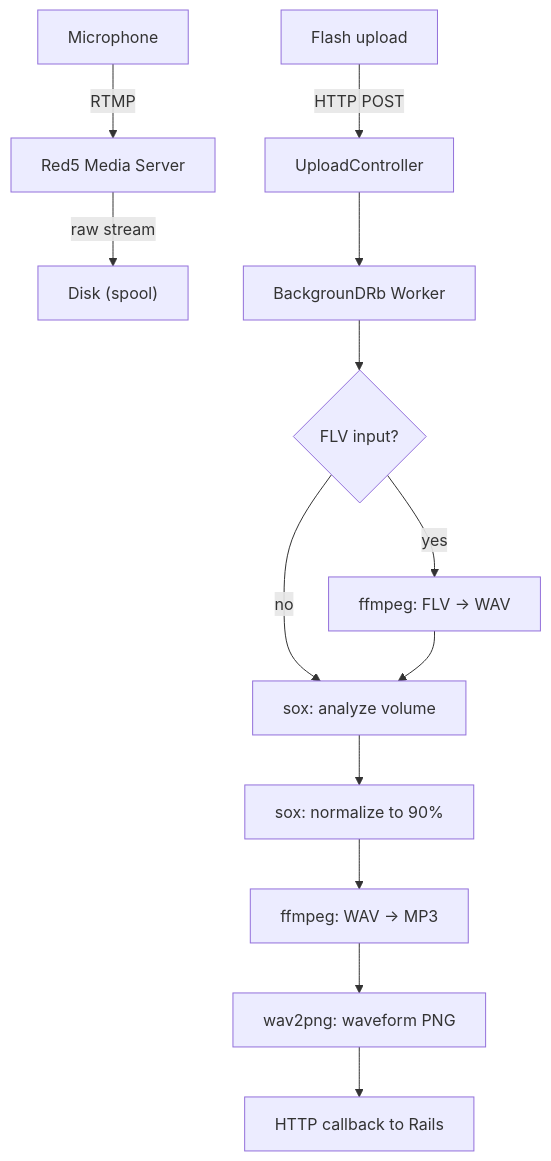
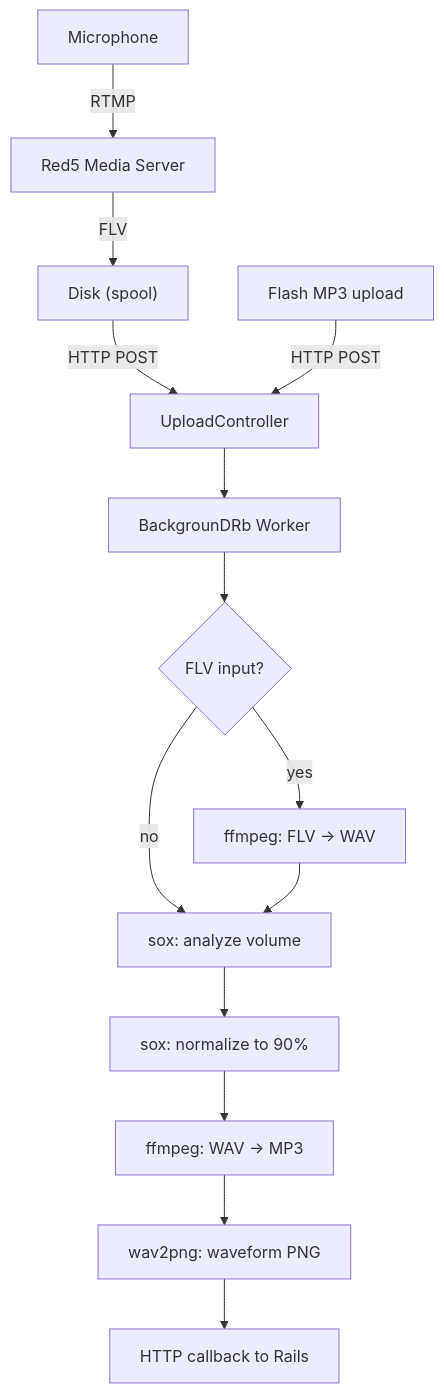
One commit to vjt/sindro.me changed the diagram in content/posts/2010-10-18-myousica-from-microphone-to-mp3/index.en.md. Above: the diagram before and after it, drawn with Mermaid. The commit also changed 1 other file, not shown here.

Commit message:
Fix pipeline diagram: connect Red5 spool to UploadController
The FLV from microphone recording flows from Red5 → disk spool →
UploadController, not into a dead end.

````diff
--- a/content/posts/2010-10-18-myousica-from-microphone-to-mp3/index.en.md
+++ b/content/posts/2010-10-18-myousica-from-microphone-to-mp3/index.en.md
@@ -18,15 +18,16 @@
 ```mermaid
 graph TD
     MIC["Microphone"] -->|RTMP| RED5["Red5 Media Server"]
-    RED5 -->|raw stream| DISK["Disk (spool)"]
-    UPLOAD["Flash upload"] -->|HTTP POST| UC["UploadController"]
+    RED5 -->|FLV| DISK["Disk (spool)"]
+    DISK -->|HTTP POST| UC["UploadController"]
+    UPLOAD["Flash MP3 upload"] -->|HTTP POST| UC
     UC --> BG["BackgrounDRb Worker"]
     BG --> FLV{"FLV input?"}
     FLV -->|yes| WAV1["ffmpeg: FLV → WAV"]
     FLV -->|no| ANALYZE
     WAV1 --> ANALYZE["sox: analyze volume"]
     ANALYZE --> NORM["sox: normalize to 90%"]
     NORM --> ENCODE["ffmpeg: WAV → MP3"]
     ENCODE --> WAVE["wav2png: waveform PNG"]
     WAVE --> CALLBACK["HTTP callback to Rails"]
 ```
````
